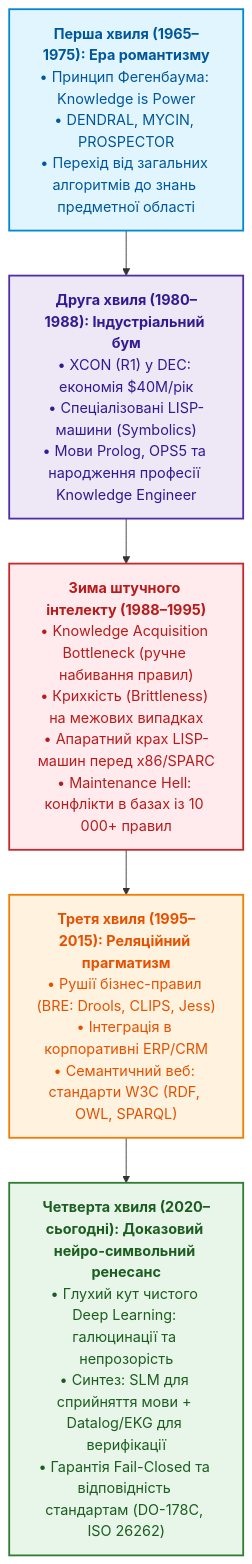
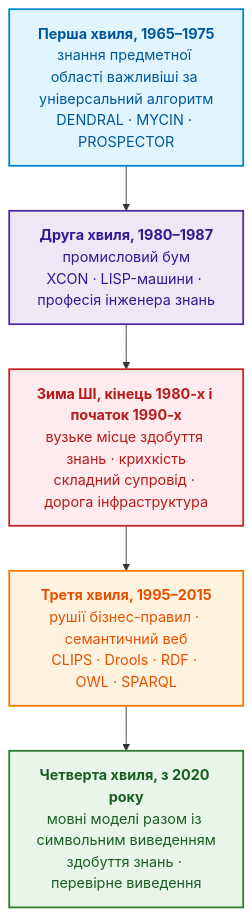
One commit to nick-fedchik/articles changed the second of 4 diagrams in ExpertSystem/ch04-evolution-from-bayes-to-evidence-ai.md. Above: the diagram before and after it, drawn with Mermaid. The commit also changed other lines of this file, not shown here.

````diff
--- a/ExpertSystem/ch04-evolution-from-bayes-to-evidence-ai.md
+++ b/ExpertSystem/ch04-evolution-from-bayes-to-evidence-ai.md
@@ -385,32 +80,25 @@
 ```mermaid
 flowchart TD
-    accTitle: Чотири хвилі еволюції експертних систем та штучного інтелекту
-    accDescr: Хронологія розвитку від перших систем правил через комерційний бум та зиму ШІ до сучасного нейро-символьного ренесансу.
+    accTitle: Чотири хвилі розвитку експертних систем
+    accDescr: Від перших експертних систем, побудованих на знаннях предметної області, через промисловий бум і зиму штучного інтелекту до рушіїв правил, семантичного вебу й сучасного поєднання мовних моделей із символьним виведенням.
 
-    W1["<b>Перша хвиля (1965–1975): Ера романтизму</b><br/>• Принцип Фегенбаума: Knowledge is Power<br/>• DENDRAL, MYCIN, PROSPECTOR<br/>• Перехід від загальних алгоритмів до знань предметної області"]
-    
-    W2["<b>Друга хвиля (1980–1988): Індустріальний бум</b><br/>• XCON (R1) у DEC: економія $40M/рік<br/>• Спеціалізовані LISP-машини (Symbolics)<br/>• Мови Prolog, OPS5 та народження професії Knowledge Engineer"]
-    
-    Winter["<b>Зима штучного інтелекту (1988–1995)</b><br/>• Knowledge Acquisition Bottleneck (ручне набивання правил)<br/>• Крихкість (Brittleness) на межових випадках<br/>• Апаратний крах LISP-машин перед x86/SPARC<br/>• Maintenance Hell: конфлікти в базах із 10 000+ правил"]
-    
-    W3["<b>Третя хвиля (1995–2015): Реляційний прагматизм</b><br/>• Рушії бізнес-правил (BRE: Drools, CLIPS, Jess)<br/>• Інтеграція в корпоративні ERP/CRM<br/>• Семантичний веб: стандарти W3C (RDF, OWL, SPARQL)"]
-    
-    W4["<b>Четверта хвиля (2020–сьогодні): Доказовий нейро-символьний ренесанс</b><br/>• Глухий кут чистого Deep Learning: галюцинації та непрозорість<br/>• Синтез: SLM для сприйняття мови + Datalog/EKG для верифікації<br/>• Гарантія Fail-Closed та відповідність стандартам (DO-178C, ISO 26262)"]
+    W1["<b>Перша хвиля, 1965–1975</b><br/>знання предметної області важливіші за універсальний алгоритм<br/>DENDRAL · MYCIN · PROSPECTOR"]
+    W2["<b>Друга хвиля, 1980–1987</b><br/>промисловий бум<br/>XCON · LISP-машини · професія інженера знань"]
+    WIN["<b>Зима ШІ, кінець 1980-х і початок 1990-х</b><br/>вузьке місце здобуття знань · крихкість<br/>складний супровід · дорога інфраструктура"]
+    W3["<b>Третя хвиля, 1995–2015</b><br/>рушії бізнес-правил · семантичний веб<br/>CLIPS · Drools · RDF · OWL · SPARQL"]
+    W4["<b>Четверта хвиля, з 2020 року</b><br/>мовні моделі разом із символьним виведенням<br/>здобуття знань · перевірне виведення"]
 
-    W1 --> W2
-    W2 --> Winter
-    Winter --> W3
-    W3 --> W4
+    W1 --> W2 --> WIN --> W3 --> W4
 
     classDef w1 fill:#e1f5fe,stroke:#0288d1,stroke-width:2px,color:#01579b;
     classDef w2 fill:#ede7f6,stroke:#512da8,stroke-width:2px,color:#311b92;
     classDef win fill:#ffebee,stroke:#c62828,stroke-width:2px,color:#b71c1c;
     classDef w3 fill:#fff3e0,stroke:#f57c00,stroke-width:2px,color:#e65100;
     classDef w4 fill:#e8f5e9,stroke:#2e7d32,stroke-width:2px,color:#1b5e20;
 
     class W1 w1;
     class W2 w2;
-    class Winter win;
+    class WIN win;
     class W3 w3;
     class W4 w4;
 ```
````
